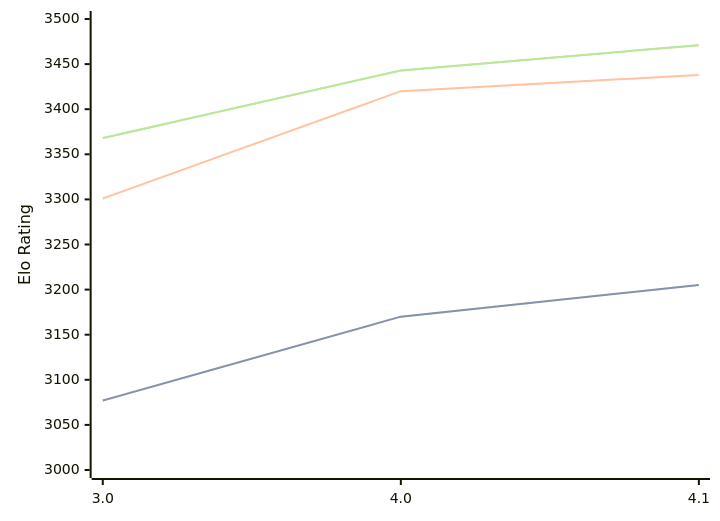
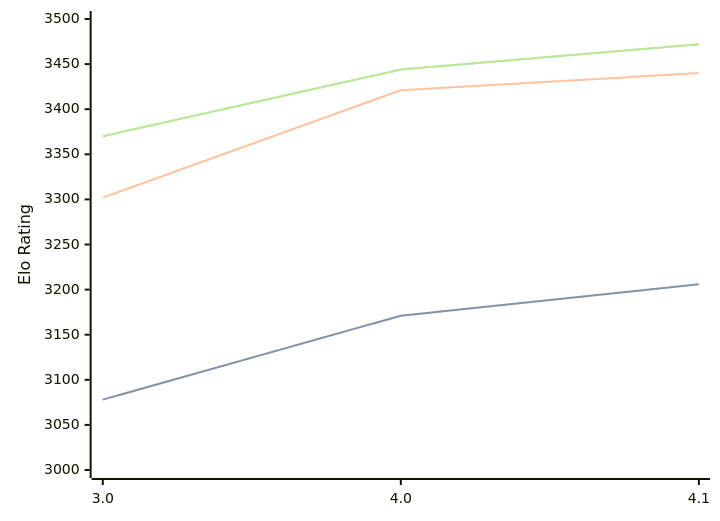
The diagram in engines/Eleanor.md (computer-chess-index/cci), drawn with Mermaid before and after one commit. The commit also changed other lines of this file, not shown here.

Commit message:
Update CCI Ratings (ELO VLTC) - 2026-05-12

````diff
--- a/engines/Eleanor.md
+++ b/engines/Eleanor.md
@@ -35,11 +35,11 @@
 ```mermaid
 %%{init: {"theme":"base","themeVariables":{"seriesColors:['#a3a3a3','#222221','#faa371']}}}%%
 xychart-beta
   x-axis ["3.0", "4.0", "4.1"]
   y-axis "Elo Rating" 3000 --> 3500
-  line "STC (8.0+0.08s)" [3077, 3170, 3205]
-  line "STC (8.0+0.08s)" [3077, 3170, 3205]
-  line "LTC (60.0+0.60s)" [3301, 3420, 3438]
-  line "VLTC (2m24s+1.12s)" [3368, 3443, 3471]
-  line "VLTC (2m24s+1.12s)" [3368, 3443, 3471]
+  line "STC (8.0+0.08s)" [3078, 3171, 3206]
+  line "STC (8.0+0.08s)" [3078, 3171, 3206]
+  line "LTC (60.0+0.60s)" [3302, 3421, 3440]
+  line "VLTC (2m24s+1.12s)" [3370, 3444, 3472]
+  line "VLTC (2m24s+1.12s)" [3370, 3444, 3472]
 ```
````
